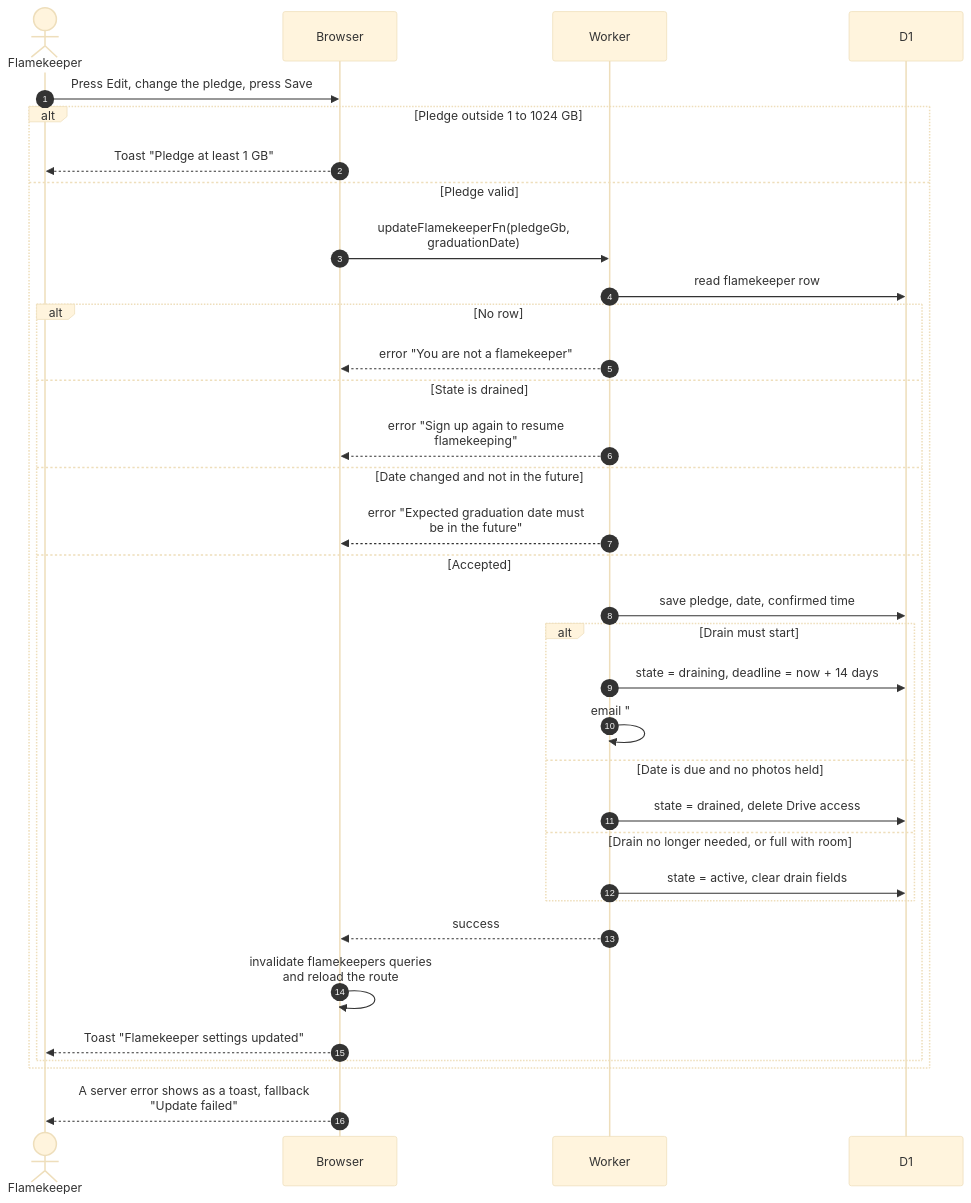
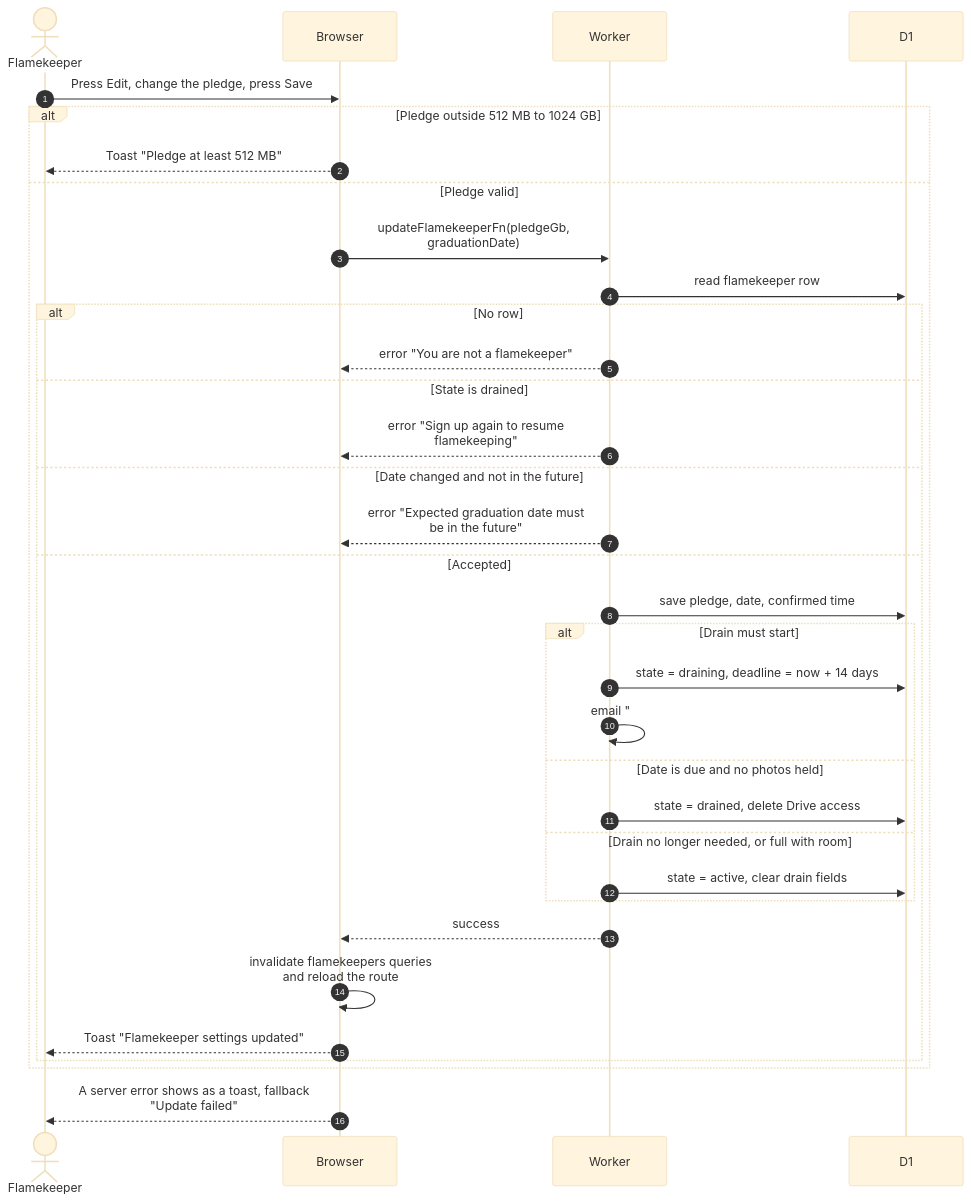
Before and after one commit to sagyzdop/meriksirat: the diagram in docs/scenarios/flamekeepers/change-pledge.md, drawn with Mermaid (base theme). The commit also changed other lines of this file and 40 other files, not shown here.

````diff
--- a/docs/scenarios/flamekeepers/change-pledge.md
+++ b/docs/scenarios/flamekeepers/change-pledge.md
@@ -29,36 +29,36 @@
 ```mermaid
 sequenceDiagram
     autonumber
     actor F as Flamekeeper
     participant Browser
     participant Worker
     participant D1
     F->>Browser: Press Edit, change the pledge, press Save
-    alt Pledge outside 1 to 1024 GB
-        Browser-->>F: Toast "Pledge at least 1 GB"
+    alt Pledge outside 512 MB to 1024 GB
+        Browser-->>F: Toast "Pledge at least 512 MB"
     else Pledge valid
         Browser->>Worker: updateFlamekeeperFn(pledgeGb,<br/>graduationDate)
         Worker->>D1: read flamekeeper row
         alt No row
             Worker-->>Browser: error "You are not a flamekeeper"
         else State is drained
             Worker-->>Browser: error "Sign up again to resume<br/>flamekeeping"
         else Date changed and not in the future
             Worker-->>Browser: error "Expected graduation date must<br/>be in the future"
         else Accepted
             Worker->>D1: save pledge, date, confirmed time
             alt Drain must start
                 Worker->>D1: state = draining, deadline = now + 14 days
                 Worker->>Worker: email "#savenuimg: we are moving<br/>your photos"
             else Date is due and no photos held
                 Worker->>D1: state = drained, delete Drive access
             else Drain no longer needed, or full with room
                 Worker->>D1: state = active, clear drain fields
             end
             Worker-->>Browser: success
             Browser->>Browser: invalidate flamekeepers queries<br/>and reload the route
             Browser-->>F: Toast "Flamekeeper settings updated"
         end
     end
     Browser-->>F: A server error shows as a toast, fallback<br/>"Update failed"
 ```
````
